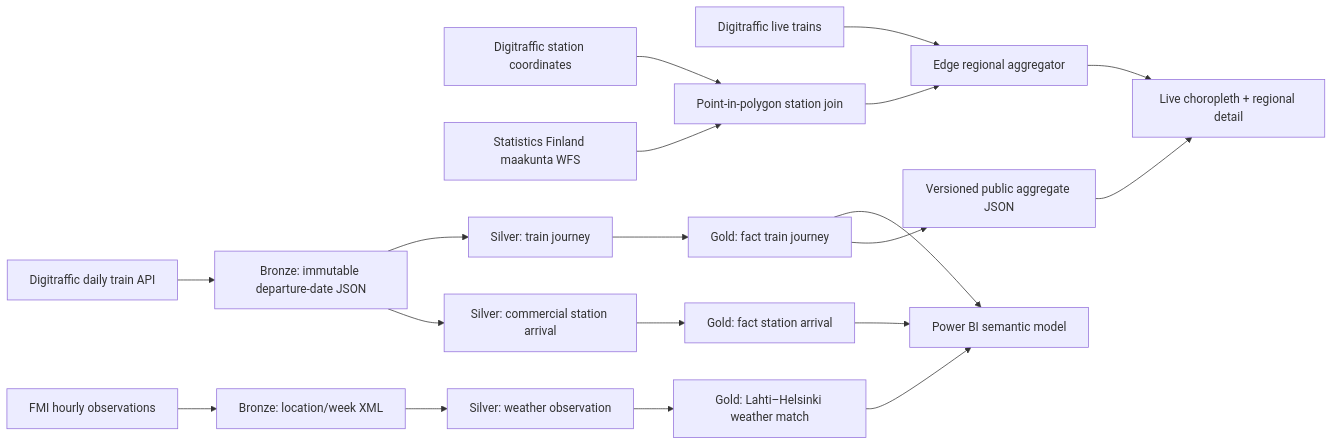
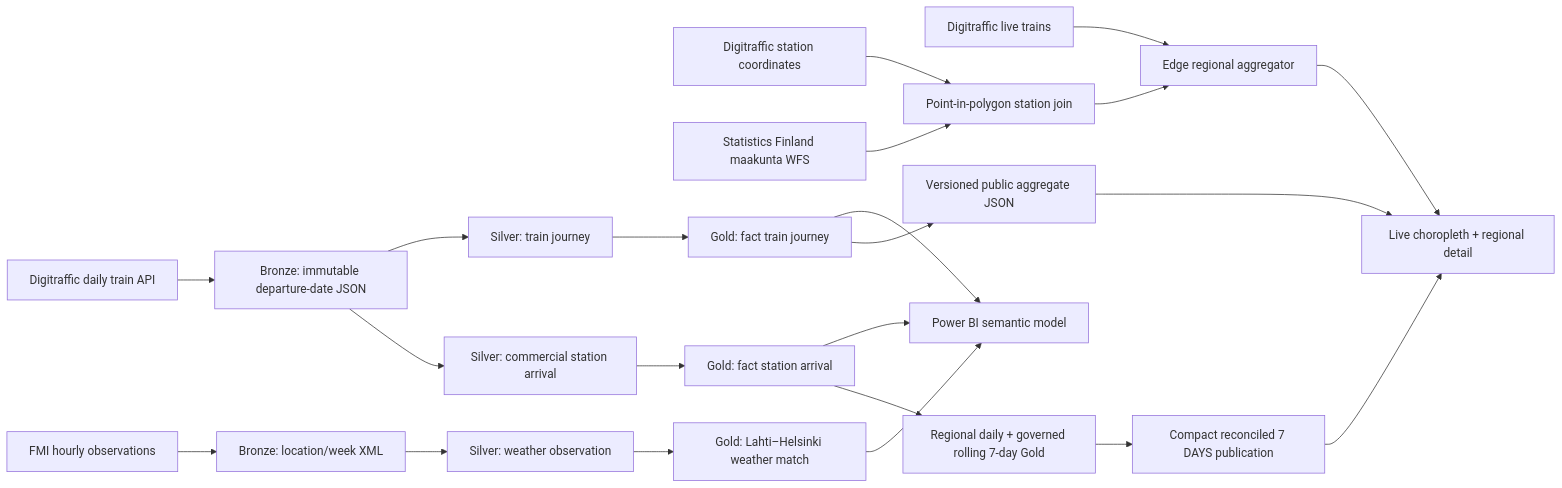
Before and after one commit to Sintagmatarches/applied-ai-lab: the diagram in docs/rail/architecture.md, drawn with Mermaid. The commit also changed other lines of this file and 41 other files, not shown here.

Commit message:
feat(rail): govern regional operations and rolling 7d

````diff
--- a/docs/rail/architecture.md
+++ b/docs/rail/architecture.md
@@ -5,21 +5,24 @@
 ```mermaid
 flowchart LR
   R["Digitraffic live trains"] --> RM["Edge regional aggregator"]
   ST["Digitraffic station coordinates"] --> SJ["Point-in-polygon station join"]
   SF["Statistics Finland maakunta WFS"] --> SJ
   SJ --> RM
   RM --> U["Live choropleth + regional detail"]
   D["Digitraffic daily train API"] --> B["Bronze: immutable departure-date JSON"]
   W["FMI hourly observations"] --> BW["Bronze: location/week XML"]
   B --> S1["Silver: train journey"]
   B --> S2["Silver: commercial station arrival"]
   BW --> S3["Silver: weather observation"]
   S1 --> G1["Gold: fact train journey"]
   S2 --> G2["Gold: fact station arrival"]
   S3 --> G3["Gold: Lahti–Helsinki weather match"]
   G1 --> P["Power BI semantic model"]
   G2 --> P
   G3 --> P
   G1 --> J["Versioned public aggregate JSON"]
+  G2 --> R7["Regional daily + governed rolling 7-day Gold"]
+  R7 --> J7["Compact reconciled 7 DAYS publication"]
+  J7 --> U
   J --> U
 ```
````
